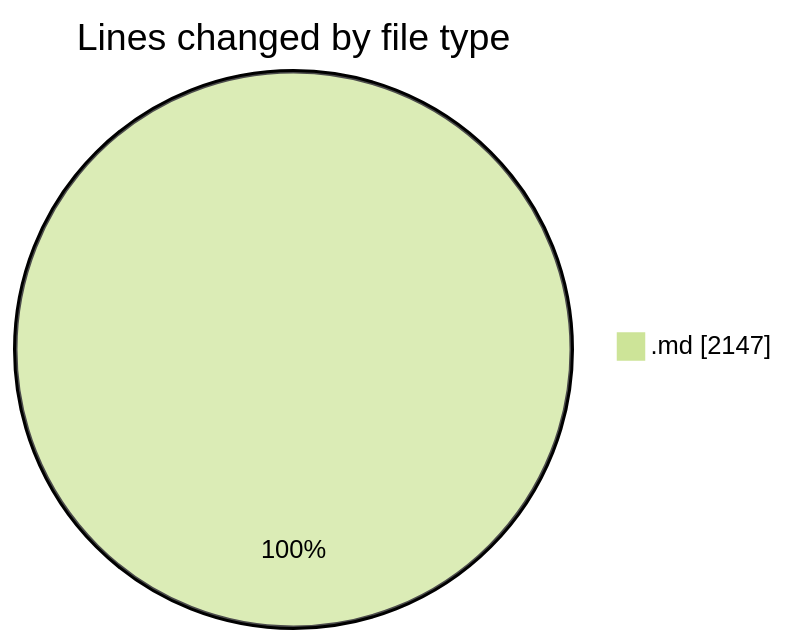
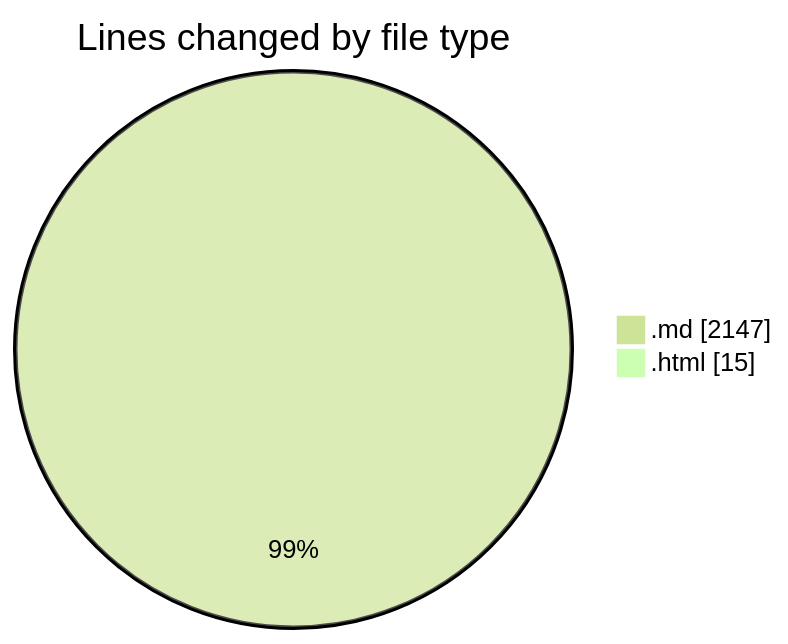
Before and after one commit to Ritupan-Deka/code-tracking: the first of 2 diagrams in 2025-07-07/urlwebwala_intership_work/README.md, drawn with Mermaid (forest theme). The commit also changed other lines of this file and 1 other file, not shown here.

````diff
--- a/2025-07-07/urlwebwala_intership_work/README.md
+++ b/2025-07-07/urlwebwala_intership_work/README.md
@@ -22,5 +24,6 @@
 ```mermaid
 pie showData
 title Lines changed by file type
 ".md" : 2147
+".html" : 15
 ```
````
